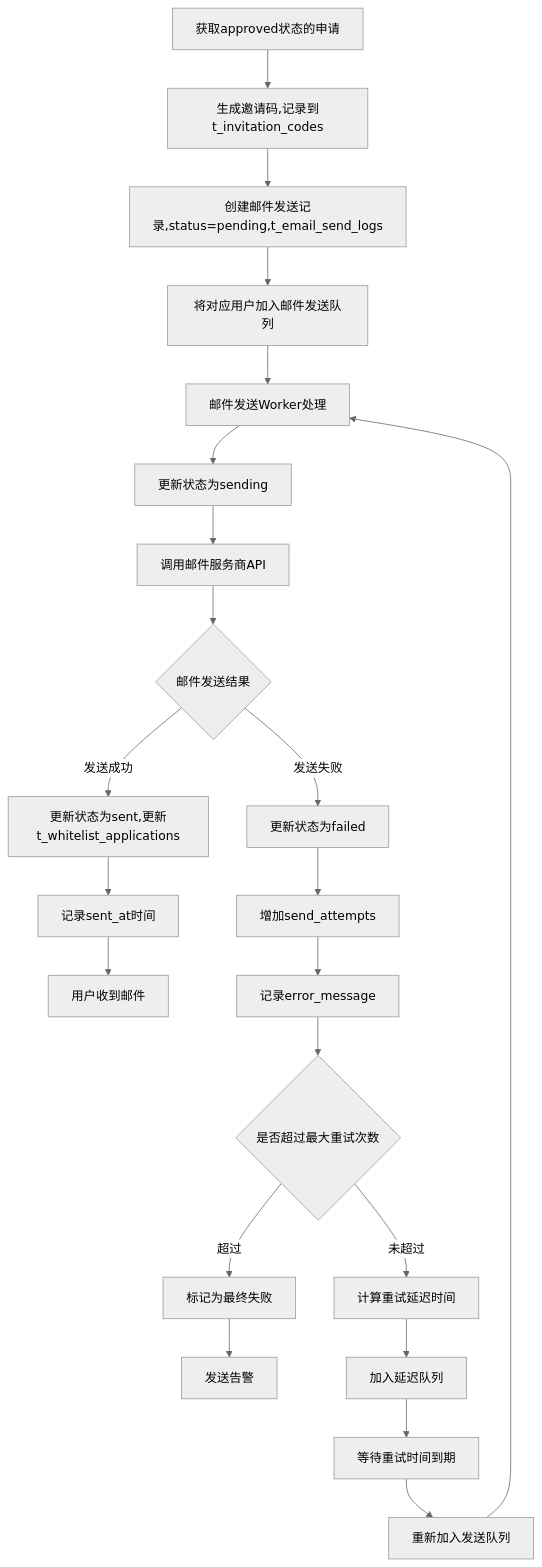
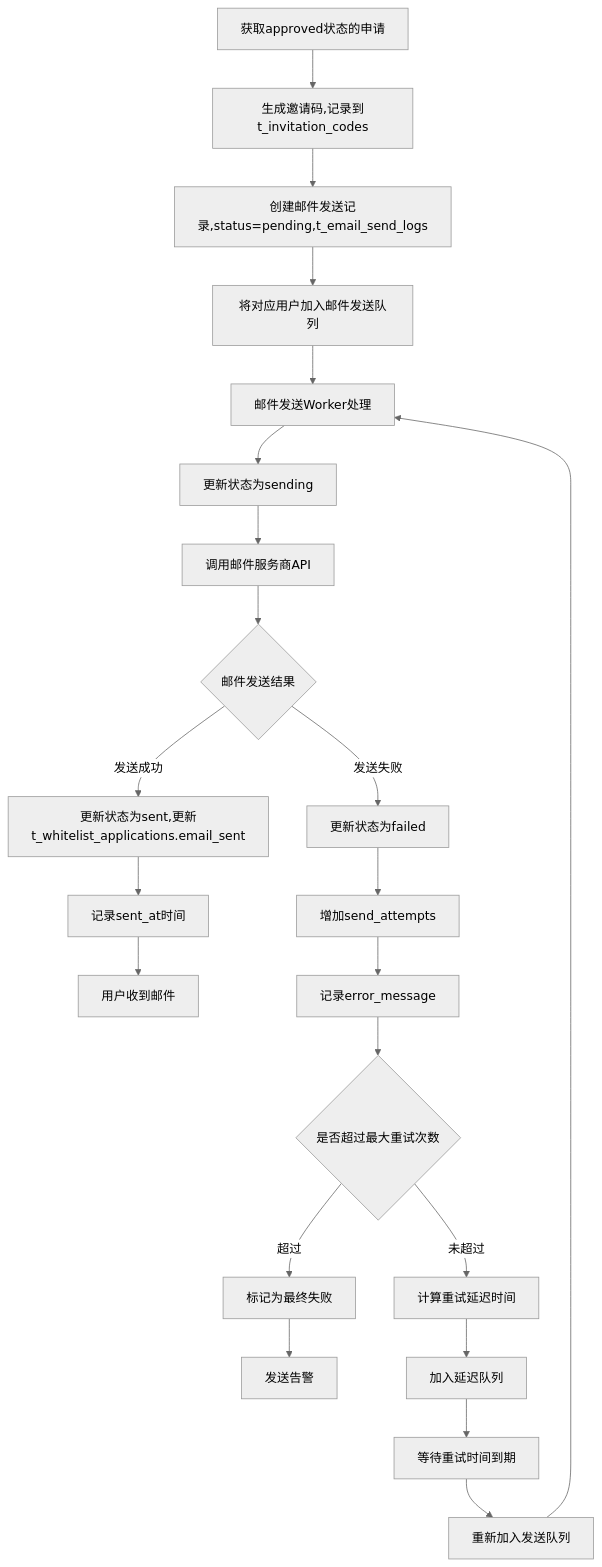
Before and after one commit to yingjianzh/iodraw-files: the diagram in all/未命名-77.md, drawn with Mermaid (neutral theme).

Commit message:
2025-07-08 10:06:27 update

````diff
--- a/all/未命名-77.md
+++ b/all/未命名-77.md
@@ -1,29 +1,29 @@
 ```mermaid
 
 flowchart TD
     A[获取approved状态的申请] --> B[生成邀请码,记录到t_invitation_codes]
     B --> C[创建邮件发送记录,status=pending,t_email_send_logs]
     C --> D[将对应用户加入邮件发送队列]
     
     D --> E[邮件发送Worker处理]
     E --> F[更新状态为sending]
     F --> G[调用邮件服务商API]
     G --> H{邮件发送结果}
     
-    H -->|发送成功| I[更新状态为sent,更新t_whitelist_applications ]
+    H -->|发送成功| I[更新状态为sent,更新t_whitelist_applications.email_sent]
     I --> J[记录sent_at时间]
     J --> K[用户收到邮件]
     
     H -->|发送失败| L[更新状态为failed]
     L --> M[增加send_attempts]
     M --> N[记录error_message]
     N --> O{是否超过最大重试次数}
     O -->|超过| P[标记为最终失败]
     P --> Q[发送告警]
     O -->|未超过| R[计算重试延迟时间]
     R --> S[加入延迟队列]
     S --> T[等待重试时间到期]
     T --> U[重新加入发送队列]
     U --> E
 
 ```
````
